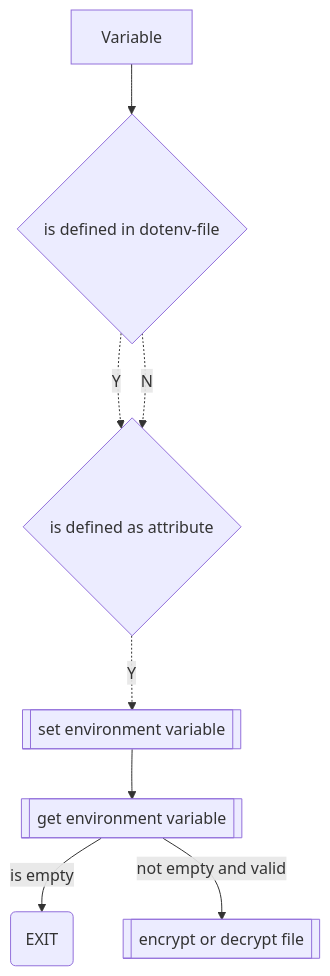
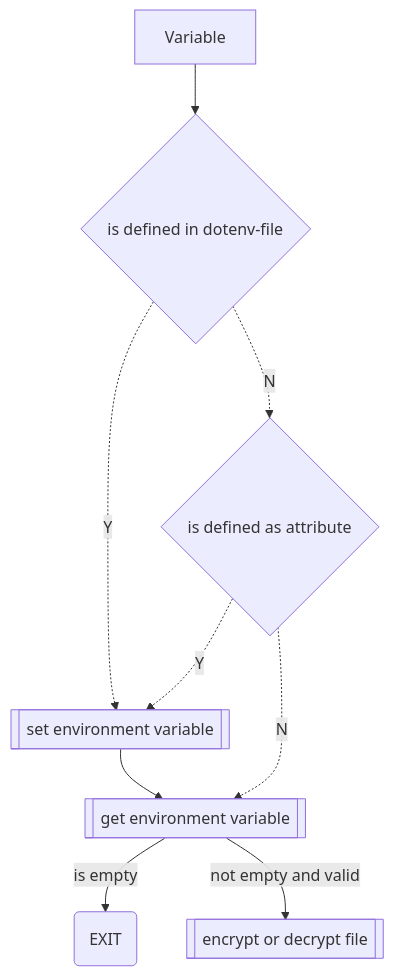
Before and after one commit to Zheng-Bote/qt-cli_file_encryption-decryption: the first of 2 diagrams in README.md, drawn with Mermaid.

````diff
--- a/README.md
+++ b/README.md
@@ -129,11 +129,12 @@
 ```mermaid
 flowchart TD;
     A["Variable"]-->Dotenv{"is defined in dotenv-file"}
-    Dotenv-. "Y" .->Attrib{"is defined as attribute"}
+    Dotenv-. "Y" .->S[["set environment variable"]]
     Dotenv-. "N" .->Attrib{"is defined as attribute"}
     Attrib-. "Y" .->S[["set environment variable"]]
+    Attrib-. "N" .->V[["get environment variable"]]
     S-->V
     V[["get environment variable"]]
     V-- "is empty" -->E("EXIT")
     V-- "not empty and valid" -->P[["encrypt or decrypt file"]]
 ```
````
